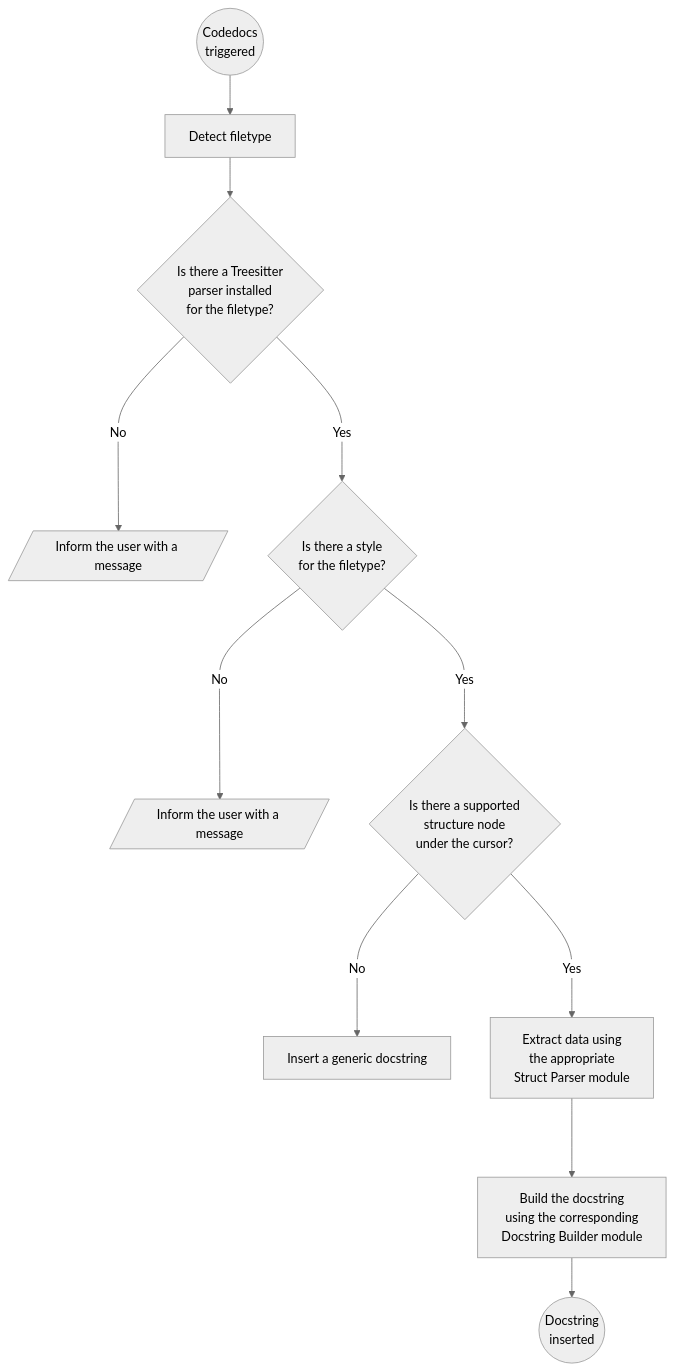
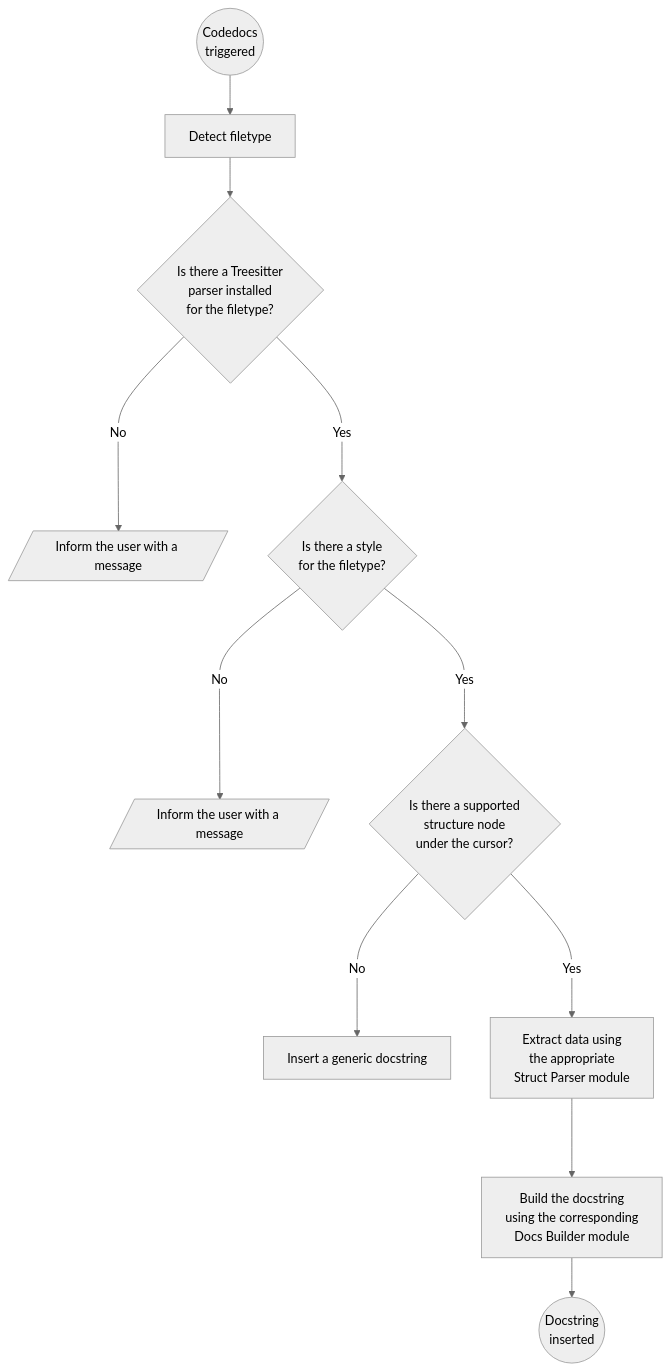
Before and after one commit to jeangiraldoo/codedocs.nvim: the second of 2 diagrams in lua/codedocs/README.md, drawn with Mermaid (neutral theme). The commit also changed other lines of this file, not shown here.

````diff
--- a/lua/codedocs/README.md
+++ b/lua/codedocs/README.md
@@ -60,14 +69,14 @@
 ```mermaid
 flowchart TB
     1((Codedocs<br>triggered)) --> 2
     2[Detect filetype] --> 3
     3{Is there a Treesitter<br>parser installed<br>for the filetype?}
     3 -- No ---> 4[/Inform the user with a message/]
     3 -- Yes ---> 5{Is there a style<br>for the filetype?}
     5 -- No ---> 6[/Inform the user with a message/]
     5 -- Yes ---> 7{Is there a supported<br>structure node<br>under the cursor?}
     7 -- No ---> 8[Insert a generic docstring]
     7 -- Yes ---> 9[Extract data using<br>the appropriate<br>Struct Parser module]
-    9 ---> 10[Build the docstring<br>using the corresponding<br>Docstring Builder module]
+    9 ---> 10[Build the docstring<br>using the corresponding<br>Docs Builder module]
     10 --> 11((Docstring<br>inserted))
 ```
````
